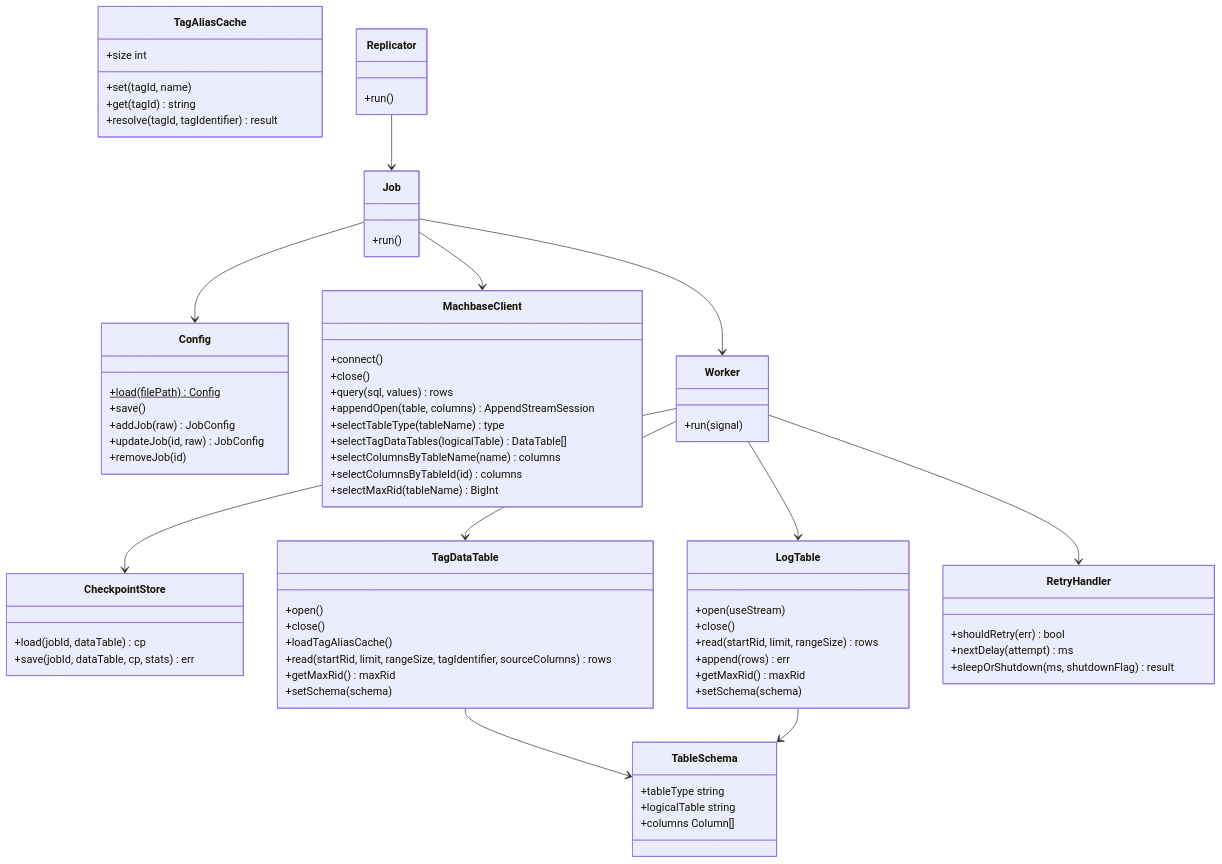
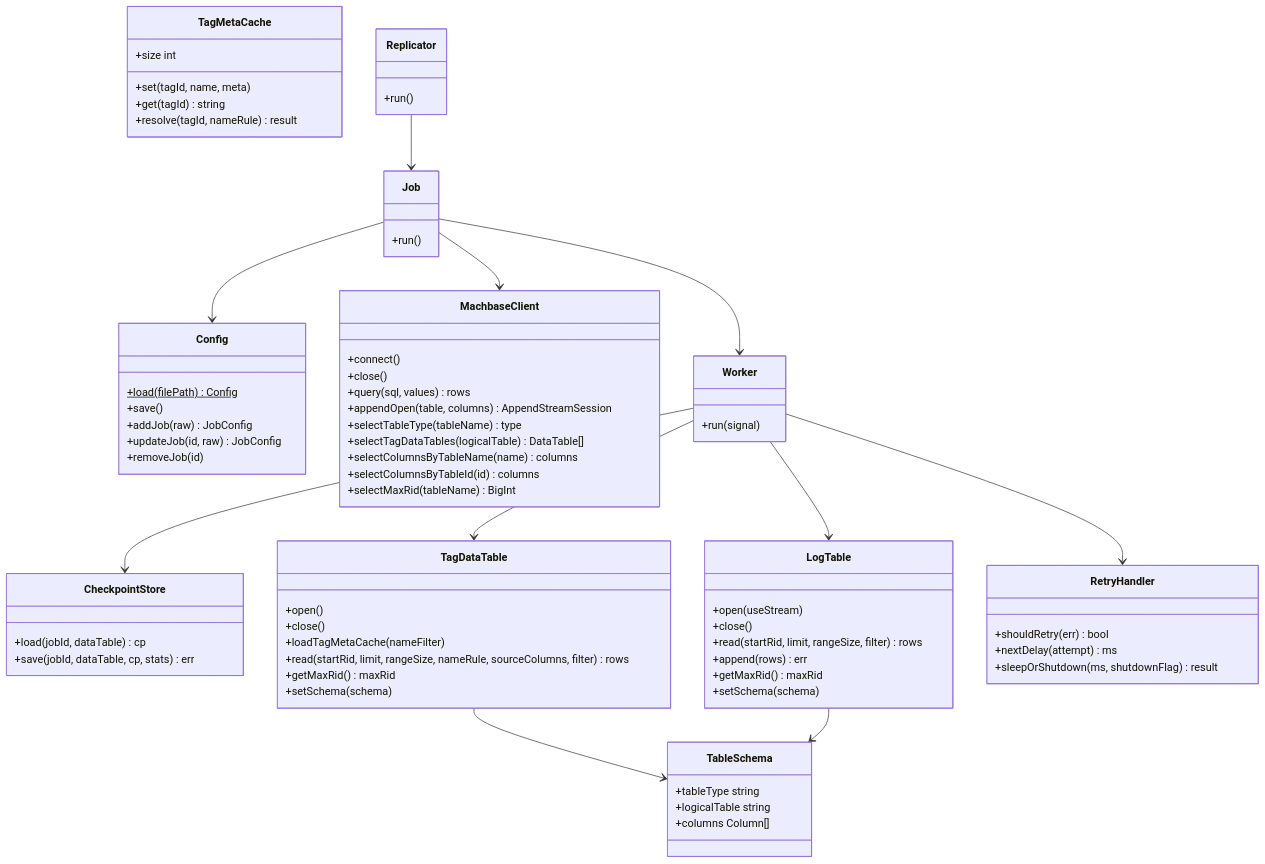
Before and after one commit to machbase/neo-pkg-replication: the second of 4 diagrams in docs/PROJECT.md, drawn with Mermaid. The commit also changed other lines of this file and 20 other files, not shown here.

````diff
--- a/docs/PROJECT.md
+++ b/docs/PROJECT.md
@@ -906,79 +942,79 @@
 ```mermaid
 classDiagram
     class Config {
         +load(filePath) Config$
         +save()
         +addJob(raw) JobConfig
         +updateJob(id, raw) JobConfig
         +removeJob(id)
     }
     class MachbaseClient {
         +connect()
         +close()
         +query(sql, values) rows
         +appendOpen(table, columns) AppendStreamSession
         +selectTableType(tableName) type
         +selectTagDataTables(logicalTable) DataTable[]
         +selectColumnsByTableName(name) columns
         +selectColumnsByTableId(id) columns
         +selectMaxRid(tableName) BigInt
     }
     class CheckpointStore {
         +load(jobId, dataTable) cp
         +save(jobId, dataTable, cp, stats) err
     }
     class TableSchema {
         +tableType string
         +logicalTable string
         +columns Column[]
     }
-    class TagAliasCache {
-        +set(tagId, name)
+    class TagMetaCache {
+        +set(tagId, name, meta)
         +get(tagId) string
-        +resolve(tagId, tagIdentifier) result
+        +resolve(tagId, nameRule) result
         +size int
     }
     class TagDataTable {
         +open()
         +close()
-        +loadTagAliasCache()
-        +read(startRid, limit, rangeSize, tagIdentifier, sourceColumns) rows
+        +loadTagMetaCache(nameFilter)
+        +read(startRid, limit, rangeSize, nameRule, sourceColumns, filter) rows
         +getMaxRid() maxRid
         +setSchema(schema)
     }
     class LogTable {
         +open(useStream)
         +close()
-        +read(startRid, limit, rangeSize) rows
+        +read(startRid, limit, rangeSize, filter) rows
         +append(rows) err
         +getMaxRid() maxRid
         +setSchema(schema)
     }
     class RetryHandler {
         +shouldRetry(err) bool
         +nextDelay(attempt) ms
         +sleepOrShutdown(ms, shutdownFlag) result
     }
     class Replicator {
         +run()
     }
     class Job {
         +run()
     }
     class Worker {
         +run(signal)
     }
 
     Replicator --> Job
     Job --> Worker
     Job --> MachbaseClient
     Job --> Config
 
     Worker --> CheckpointStore
     Worker --> TagDataTable
     Worker --> LogTable
     Worker --> RetryHandler
 
     TagDataTable --> TableSchema
     LogTable --> TableSchema
 ```
````
